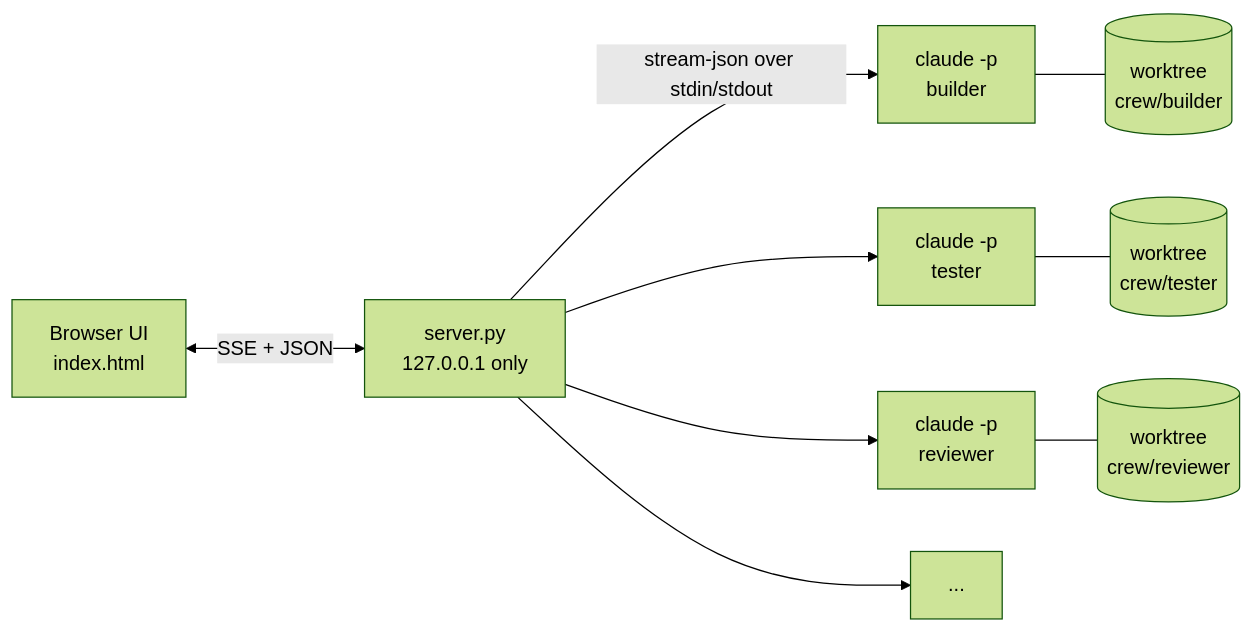
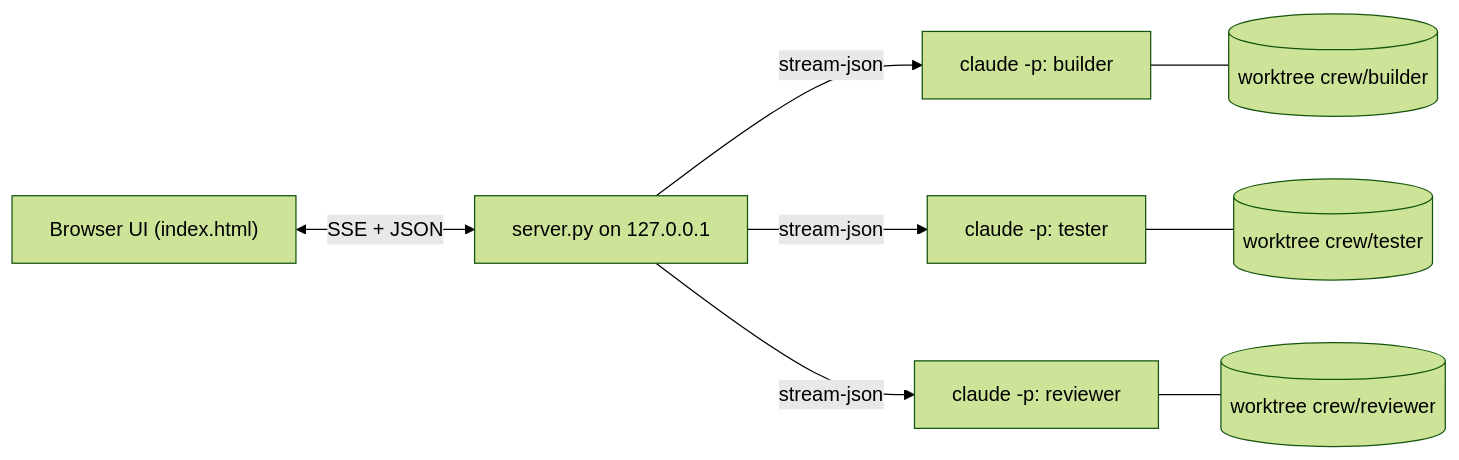
Before and after one commit to pranjal-joshi/claude-crew: the diagram in README.md, drawn with Mermaid (forest theme).

Commit message:
README: fix how-it-works diagram (valid Mermaid edge labels)

````diff
--- a/README.md
+++ b/README.md
@@ -89,11 +89,10 @@
 ```mermaid
 flowchart LR
-    UI["Browser UI<br/>index.html"] <-- "SSE + JSON" --> S["server.py<br/>127.0.0.1 only"]
-    S -- "stream-json over stdin/stdout" --> A1["claude -p<br/>builder"]
-    S --> A2["claude -p<br/>tester"]
-    S --> A3["claude -p<br/>reviewer"]
-    S --> A4["..."]
-    A1 --- W1[("worktree<br/>crew/builder")]
-    A2 --- W2[("worktree<br/>crew/tester")]
-    A3 --- W3[("worktree<br/>crew/reviewer")]
+    UI["Browser UI (index.html)"] <-->|SSE + JSON| S["server.py on 127.0.0.1"]
+    S -->|stream-json| A1["claude -p: builder"]
+    S -->|stream-json| A2["claude -p: tester"]
+    S -->|stream-json| A3["claude -p: reviewer"]
+    A1 --- W1[("worktree crew/builder")]
+    A2 --- W2[("worktree crew/tester")]
+    A3 --- W3[("worktree crew/reviewer")]
 ```
````
